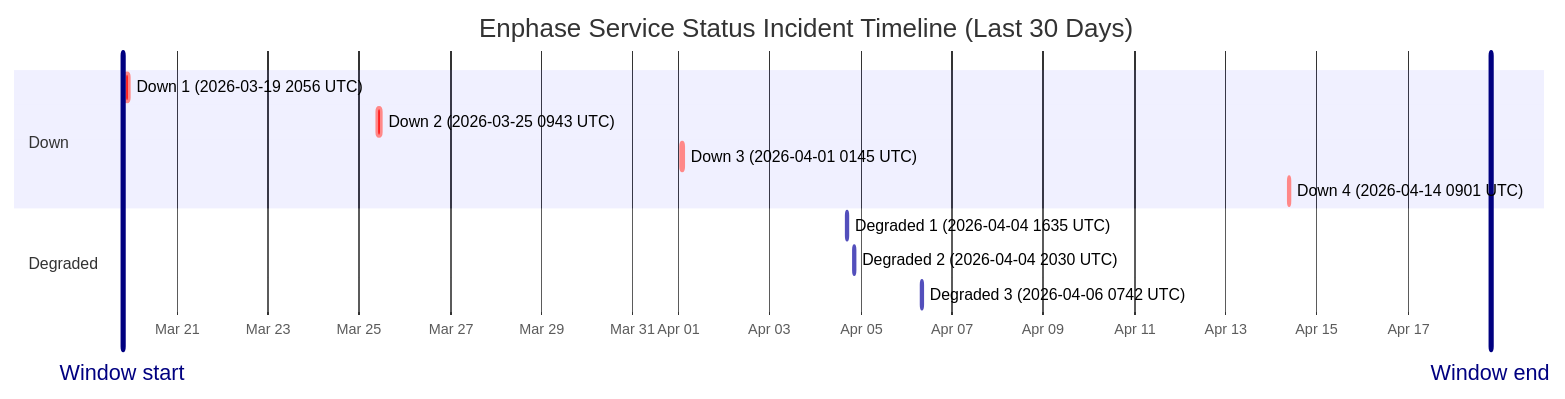
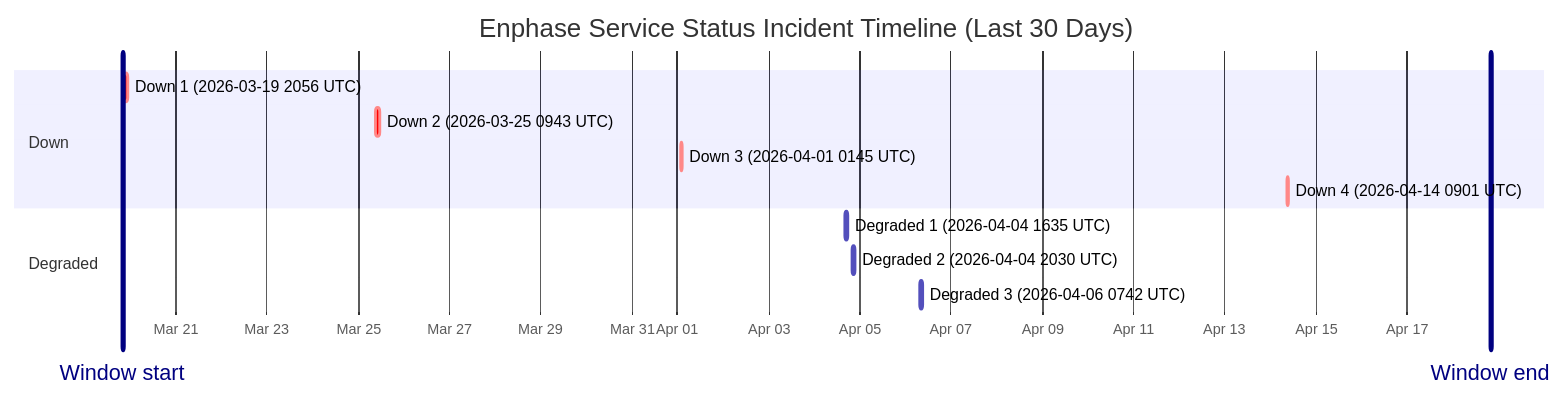
Before and after one commit to barneyonline/ha-enphase-ev-charger: the diagram in wiki/Service-Status-History.md, drawn with Mermaid. The commit also changed other lines of this file and 3 other files, not shown here.

````diff
--- a/wiki/Service-Status-History.md
+++ b/wiki/Service-Status-History.md
@@ -14,17 +14,17 @@
 ```mermaid
 gantt
     title Enphase Service Status Incident Timeline (Last 30 Days)
     dateFormat  YYYY-MM-DDTHH:mm:ss
     axisFormat  %b %d
-    Window start :vert, window-start, 2026-03-19T19:22:24, 0ms
-    Window end :vert, window-end, 2026-04-18T19:22:24, 0ms
+    Window start :vert, window-start, 2026-03-19T19:58:39, 0ms
+    Window end :vert, window-end, 2026-04-18T19:58:39, 0ms
     section Down
     Down 1 (2026-03-19 2056 UTC) :crit, down-1, 2026-03-19T20:56:20, 145m
     Down 2 (2026-03-25 0943 UTC) :crit, down-2, 2026-03-25T09:43:28, 111m
     Down 3 (2026-04-01 0145 UTC) :crit, down-3, 2026-04-01T01:45:09, 60m
     Down 4 (2026-04-14 0901 UTC) :crit, down-4, 2026-04-14T09:01:13, 60m
     section Degraded
     Degraded 1 (2026-04-04 1635 UTC) :active, degraded-1, 2026-04-04T16:35:17, 60m
     Degraded 2 (2026-04-04 2030 UTC) :active, degraded-2, 2026-04-04T20:30:40, 60m
     Degraded 3 (2026-04-06 0742 UTC) :active, degraded-3, 2026-04-06T07:42:09, 85m
 ```
````
